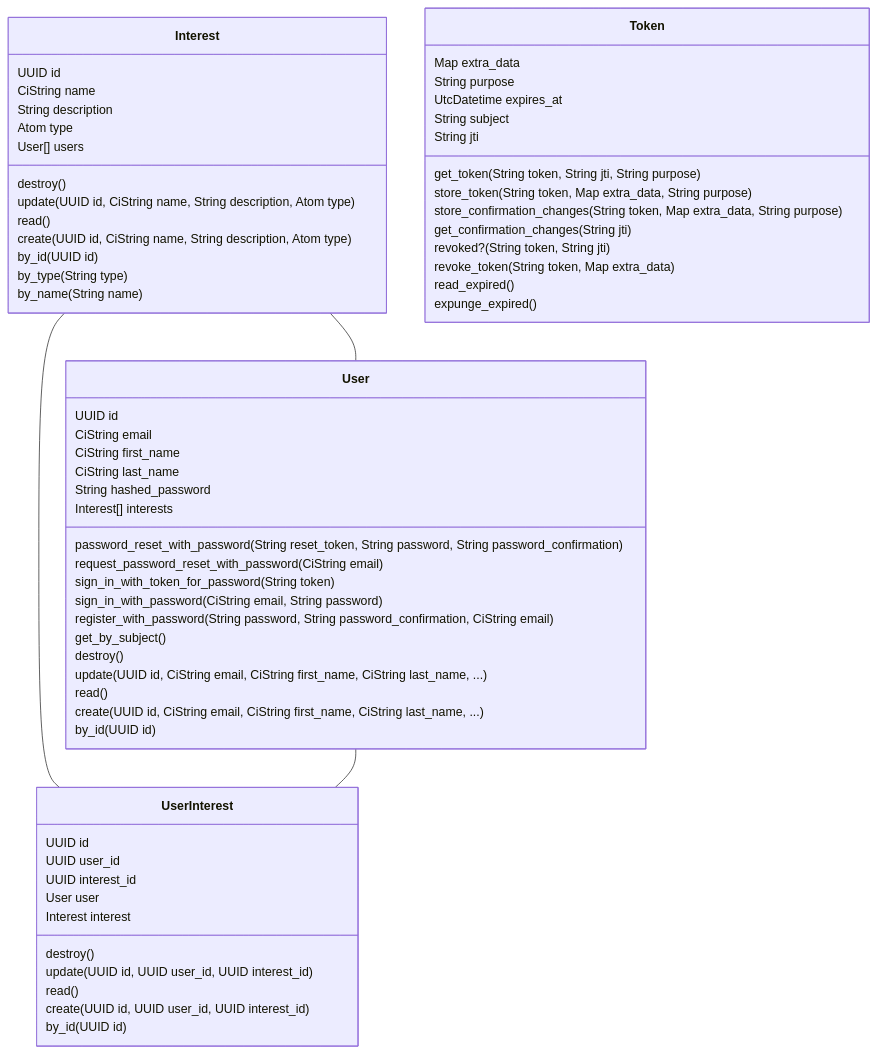
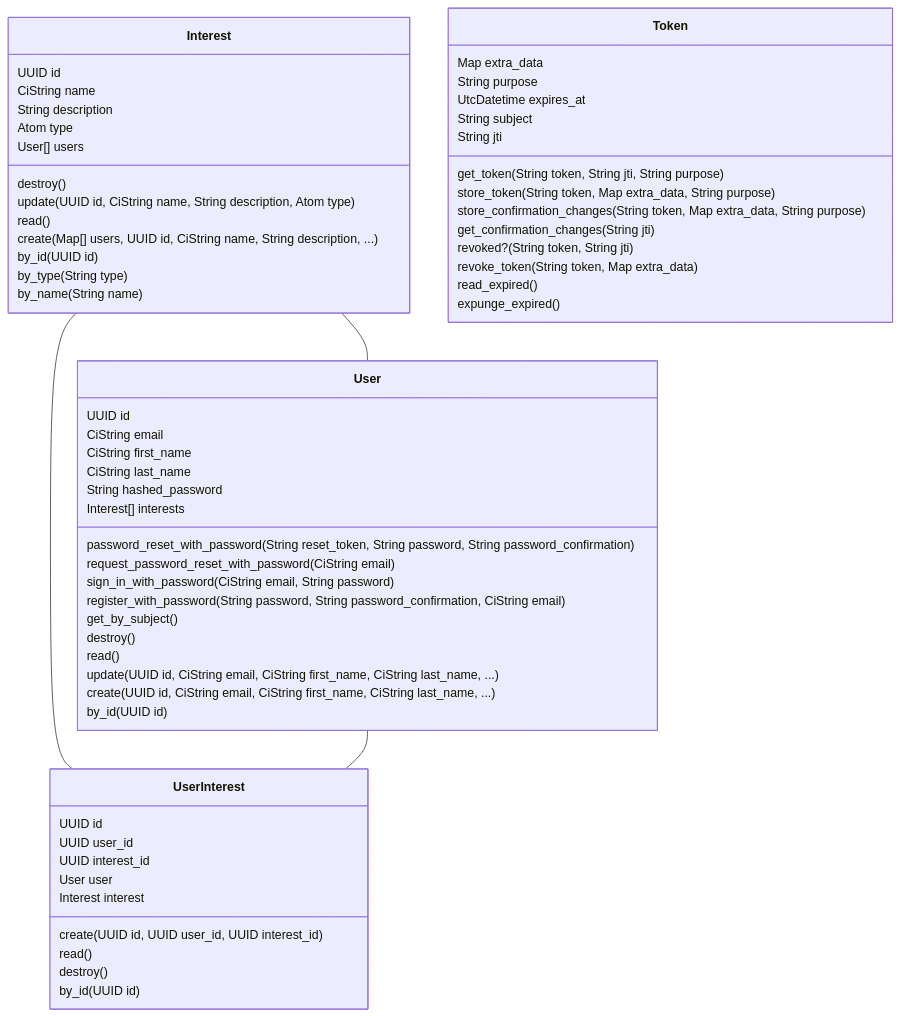
The diagram in lib/coaxis/accounts/accounts-mermaid-class-diagram.mmd (goodhamgupta/coaxis), drawn with Mermaid before and after one commit. The commit also changed 2 other files, not shown here.

Commit message:
Update resource diagrams

```diff
--- a/lib/coaxis/accounts/accounts-mermaid-class-diagram.mmd
+++ b/lib/coaxis/accounts/accounts-mermaid-class-diagram.mmd
@@ -1,65 +1,63 @@
 classDiagram
     class Interest {
         UUID id
         CiString name
         String description
         Atom type
         User[] users
         destroy()
         update(UUID id, CiString name, String description, Atom type)
         read()
-        create(UUID id, CiString name, String description, Atom type)
+        create(Map[] users, UUID id, CiString name, String description, ...)
         by_id(UUID id)
         by_type(String type)
         by_name(String name)
     }
     class Token {
         Map extra_data
         String purpose
         UtcDatetime expires_at
         String subject
         String jti
         get_token(String token, String jti, String purpose)
         store_token(String token, Map extra_data, String purpose)
         store_confirmation_changes(String token, Map extra_data, String purpose)
         get_confirmation_changes(String jti)
         revoked?(String token, String jti)
         revoke_token(String token, Map extra_data)
         read_expired()
         expunge_expired()
     }
     class User {
         UUID id
         CiString email
         CiString first_name
         CiString last_name
         String hashed_password
         Interest[] interests
         password_reset_with_password(String reset_token, String password, String password_confirmation)
         request_password_reset_with_password(CiString email)
-        sign_in_with_token_for_password(String token)
         sign_in_with_password(CiString email, String password)
         register_with_password(String password, String password_confirmation, CiString email)
         get_by_subject()
         destroy()
+        read()
         update(UUID id, CiString email, CiString first_name, CiString last_name, ...)
-        read()
         create(UUID id, CiString email, CiString first_name, CiString last_name, ...)
         by_id(UUID id)
     }
     class UserInterest {
         UUID id
         UUID user_id
         UUID interest_id
         User user
         Interest interest
+        create(UUID id, UUID user_id, UUID interest_id)
+        read()
         destroy()
-        update(UUID id, UUID user_id, UUID interest_id)
-        read()
-        create(UUID id, UUID user_id, UUID interest_id)
         by_id(UUID id)
     }
 
     Interest -- User
     Interest -- UserInterest
     User -- UserInterest
```
